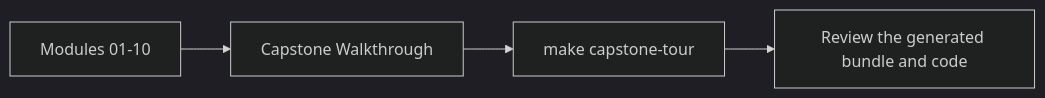
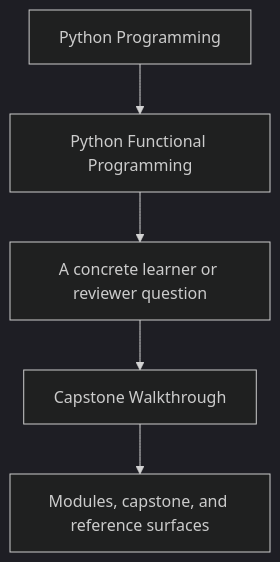
The first of 2 diagrams in programs/python-programming/python-functional-programming/course-book/guides/capstone-walkthrough.md (bijux/bijux-masterclass), drawn with Mermaid (dark theme) before and after one commit. The commit also changed other lines of this file and 23 other files, not shown here.

Commit message:
docs(python-functional-programming): sharpen guide and reference diagrams

````diff
--- a/programs/python-programming/python-functional-programming/course-book/guides/capstone-walkthrough.md
+++ b/programs/python-programming/python-functional-programming/course-book/guides/capstone-walkthrough.md
@@ -7,6 +7,7 @@
 ```mermaid
-graph LR
-  modules["Modules 01-10"] --> walkthrough["Capstone Walkthrough"]
-  walkthrough --> tour["make capstone-tour"]
-  tour --> review["Review the generated bundle and code"]
+flowchart TD
+  family["Python Programming"] --> program["Python Functional Programming"]
+  program --> pressure["A concrete learner or reviewer question"]
+  pressure --> guide["Capstone Walkthrough"]
+  guide --> next["Modules, capstone, and reference surfaces"]
 ```
````
